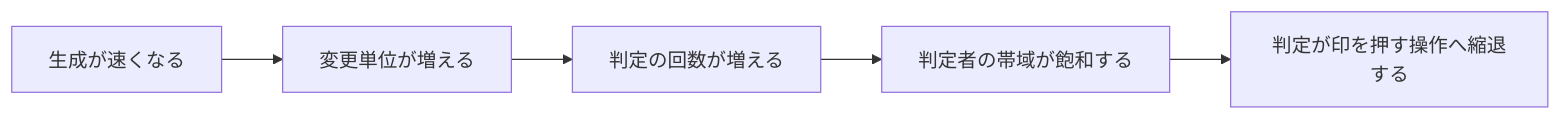
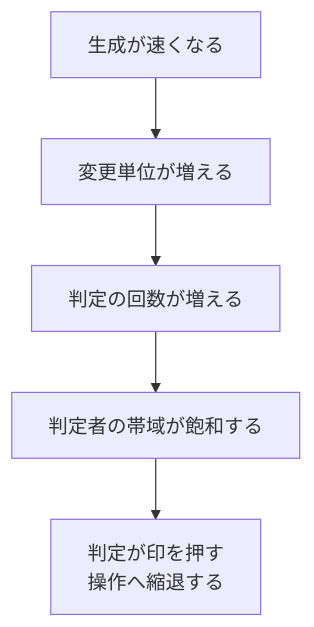
One commit to Takenori-Kusaka/publishing-hub changed the first of 2 diagrams in books/pit-in-process/summary.md. Above: the diagram before and after it, drawn with Mermaid. The commit also changed other lines of this file and 8 other files, not shown here.

Commit message:
chore(mermaid): fix figures and check-figures script [P0-03]

````diff
--- a/books/pit-in-process/summary.md
+++ b/books/pit-in-process/summary.md
@@ -88,7 +88,7 @@
 ```mermaid
-graph LR
+flowchart TD
   A["生成が速くなる"] --> B["変更単位が増える"]
   B --> C["判定の回数が増える"]
   C --> D["判定者の帯域が飽和する"]
-  D --> E["判定が印を押す操作へ縮退する"]
+  D --> E["判定が印を押す<br/>操作へ縮退する"]
 ```
````
